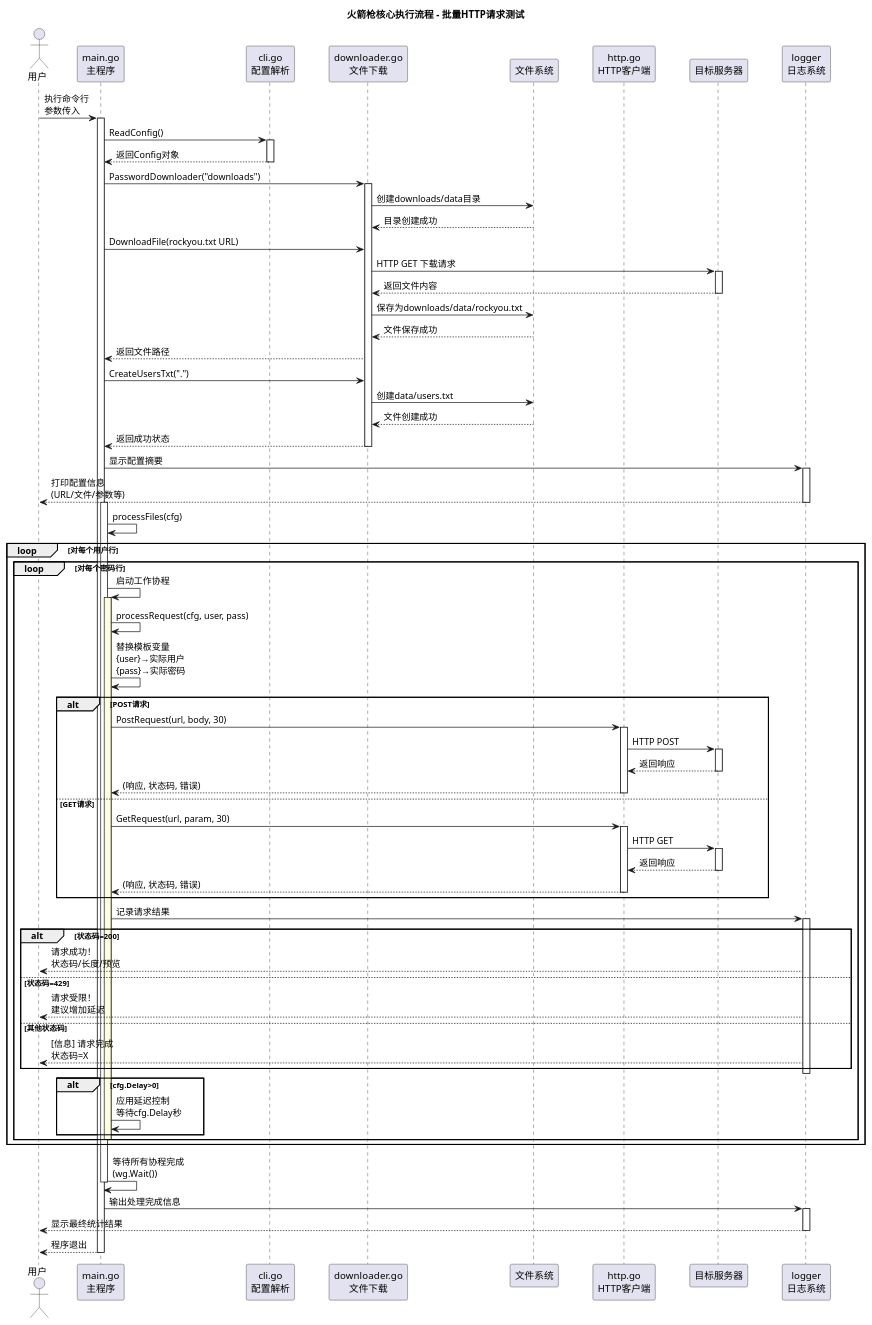
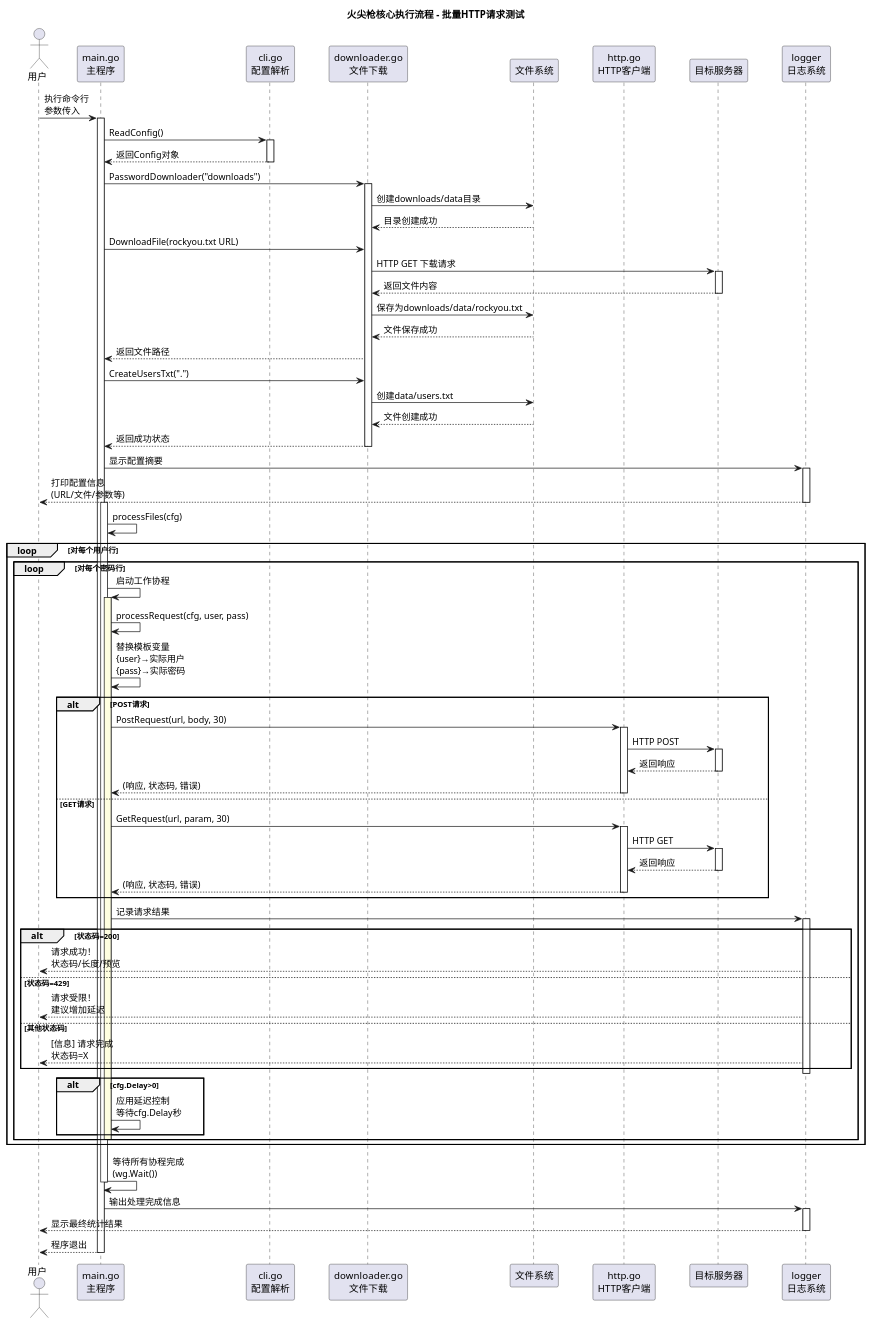
The diagram in doc/思路.puml (ctkqiang/huo_jian_qiang), drawn with PlantUML before and after one commit. The commit also changed 1 other file, not shown here.

```diff
--- a/doc/思路.puml
+++ b/doc/思路.puml
@@ -1,119 +1,119 @@
 @startuml huojianqiang_sequence
-title 火箭枪核心执行流程 - 批量HTTP请求测试
+title 火尖枪核心执行流程 - 批量HTTP请求测试
 
 skinparam ParticipantPadding 20
 skinparam BoxPadding 20
 
 actor 用户 as User
 participant "main.go\n主程序" as Main
 participant "cli.go\n配置解析" as CLI
 participant "downloader.go\n文件下载" as Downloader
 participant "文件系统" as Filesystem
 participant "http.go\nHTTP客户端" as HttpClient
 participant "目标服务器" as TargetServer
 participant "logger\n日志系统" as Logger
 
 box "初始化阶段" #LightBlue
 User -> Main: 执行命令行\n参数传入
 activate Main
 
 Main -> CLI: ReadConfig()
 activate CLI
 CLI --> Main: 返回Config对象
 deactivate CLI
 
 Main -> Downloader: PasswordDownloader("downloads")
 activate Downloader
 Downloader -> Filesystem: 创建downloads/data目录
 Filesystem --> Downloader: 目录创建成功
 
 Main -> Downloader: DownloadFile(rockyou.txt URL)
 Downloader -> TargetServer: HTTP GET 下载请求
 activate TargetServer
 TargetServer --> Downloader: 返回文件内容
 deactivate TargetServer
 Downloader -> Filesystem: 保存为downloads/data/rockyou.txt
 Filesystem --> Downloader: 文件保存成功
 Downloader --> Main: 返回文件路径
 
 Main -> Downloader: CreateUsersTxt(".")
 Downloader -> Filesystem: 创建data/users.txt
 Filesystem --> Downloader: 文件创建成功
 Downloader --> Main: 返回成功状态
 deactivate Downloader
 end box
 
 box "配置展示阶段" #LightGreen
 Main -> Logger: 显示配置摘要
 activate Logger
 Logger --> User: 打印配置信息\n(URL/文件/参数等)
 deactivate Logger
 end box
 
 box "批量处理阶段" #LightYellow
 activate Main
 Main -> Main: processFiles(cfg)
 
 loop 对每个用户行
     loop 对每个密码行
         Main -> Main: 启动工作协程
         activate Main #LightYellow
         
         Main -> Main: processRequest(cfg, user, pass)
         Main -> Main: 替换模板变量\n{user}→实际用户\n{pass}→实际密码
         
         alt POST请求
             Main -> HttpClient: PostRequest(url, body, 30)
             activate HttpClient
             HttpClient -> TargetServer: HTTP POST
             activate TargetServer
             TargetServer --> HttpClient: 返回响应
             deactivate TargetServer
             HttpClient --> Main: (响应, 状态码, 错误)
             deactivate HttpClient
         else GET请求
             Main -> HttpClient: GetRequest(url, param, 30)
             activate HttpClient
             HttpClient -> TargetServer: HTTP GET
             activate TargetServer
             TargetServer --> HttpClient: 返回响应
             deactivate TargetServer
             HttpClient --> Main: (响应, 状态码, 错误)
             deactivate HttpClient
         end
         
         Main -> Logger: 记录请求结果
         activate Logger
         
         alt 状态码=200
             Logger --> User: 请求成功！\n状态码/长度/预览
         else 状态码=429
             Logger --> User: 请求受限！\n建议增加延迟
         else 其他状态码
             Logger --> User: [信息] 请求完成\n状态码=X
         end
         deactivate Logger
         
         alt cfg.Delay>0
             Main -> Main: 应用延迟控制\n等待cfg.Delay秒
         end
         
         deactivate Main #LightYellow
     end
 end
 
 Main -> Main: 等待所有协程完成\n(wg.Wait())
 deactivate Main
 end box
 
 box "完成阶段" #LightGray
 Main -> Logger: 输出处理完成信息
 activate Logger
 Logger --> User: 显示最终统计结果
 deactivate Logger
 
 Main --> User: 程序退出
 deactivate Main
 end box
 
 @enduml
```
